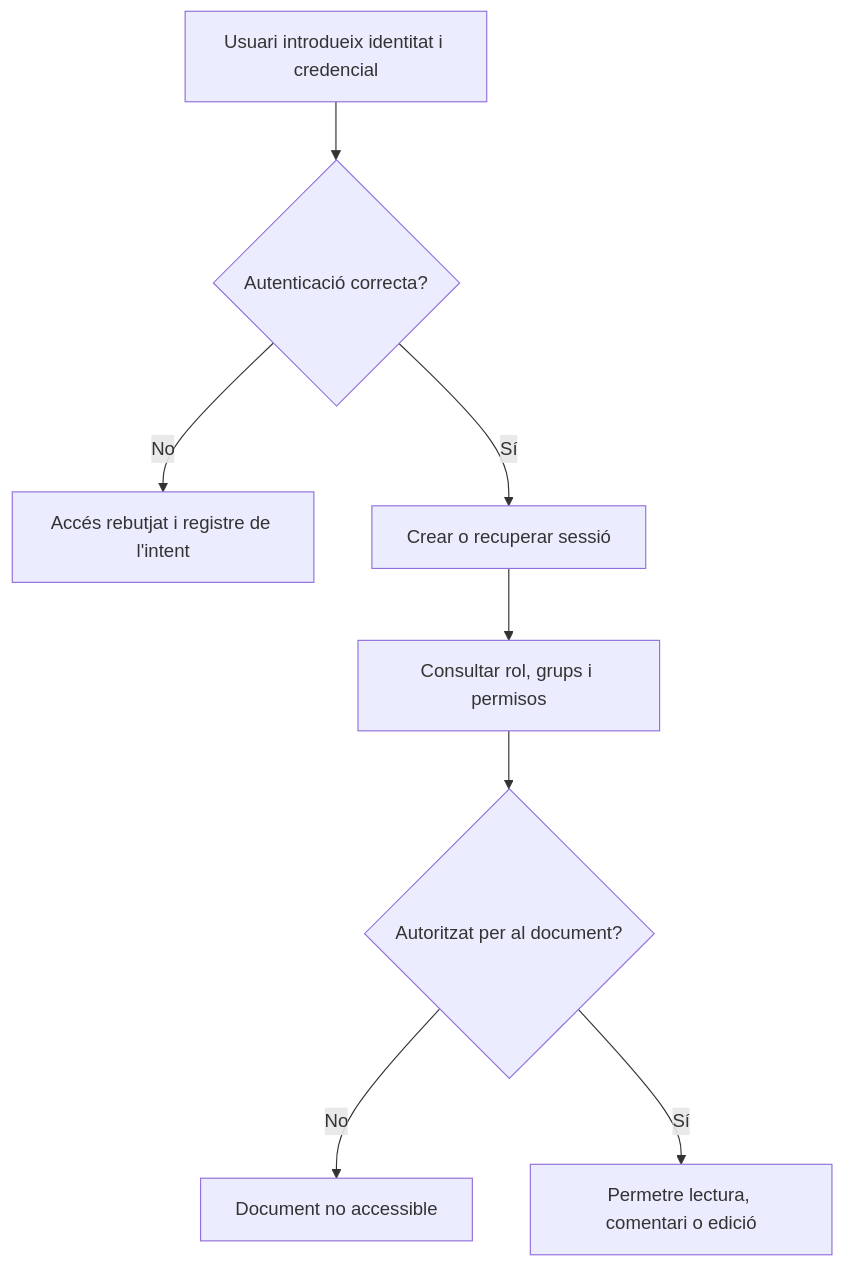
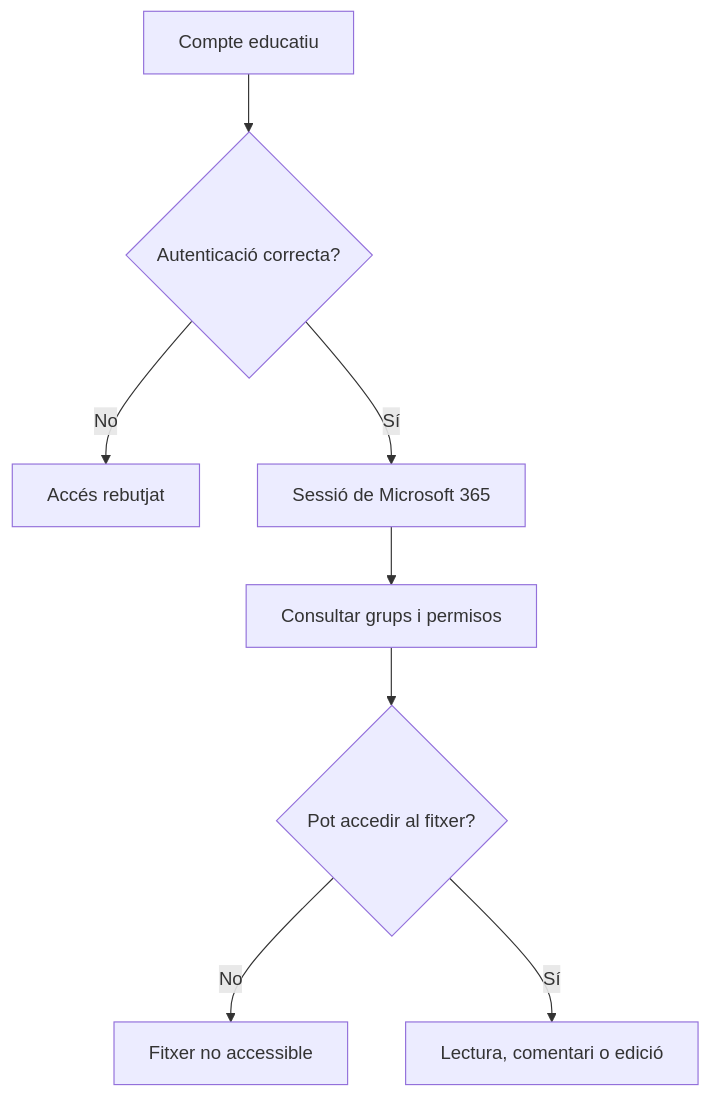
Before and after one commit to jordicido/jordicina: the diagram in docs/smx-aw/up2/04-usuaris-permisos-seguretat.md, drawn with Mermaid. The commit also changed other lines of this file and 5 other files, not shown here.

````diff
--- a/docs/smx-aw/up2/04-usuaris-permisos-seguretat.md
+++ b/docs/smx-aw/up2/04-usuaris-permisos-seguretat.md
@@ -19,10 +21,10 @@
 ```mermaid
 flowchart TD
-    I[Usuari introdueix identitat i credencial] --> V{Autenticació correcta?}
-    V -- No --> F[Accés rebutjat i registre de l'intent]
-    V -- Sí --> S[Crear o recuperar sessió]
-    S --> R[Consultar rol, grups i permisos]
-    R --> D{Autoritzat per al document?}
-    D -- No --> N[Document no accessible]
-    D -- Sí --> A[Permetre lectura, comentari o edició]
+    U[Compte educatiu] --> M{Autenticació correcta?}
+    M -- No --> X[Accés rebutjat]
+    M -- Sí --> S[Sessió de Microsoft 365]
+    S --> R[Consultar grups i permisos]
+    R --> D{Pot accedir al fitxer?}
+    D -- No --> N[Fitxer no accessible]
+    D -- Sí --> A[Lectura, comentari o edició]
 ```
````
